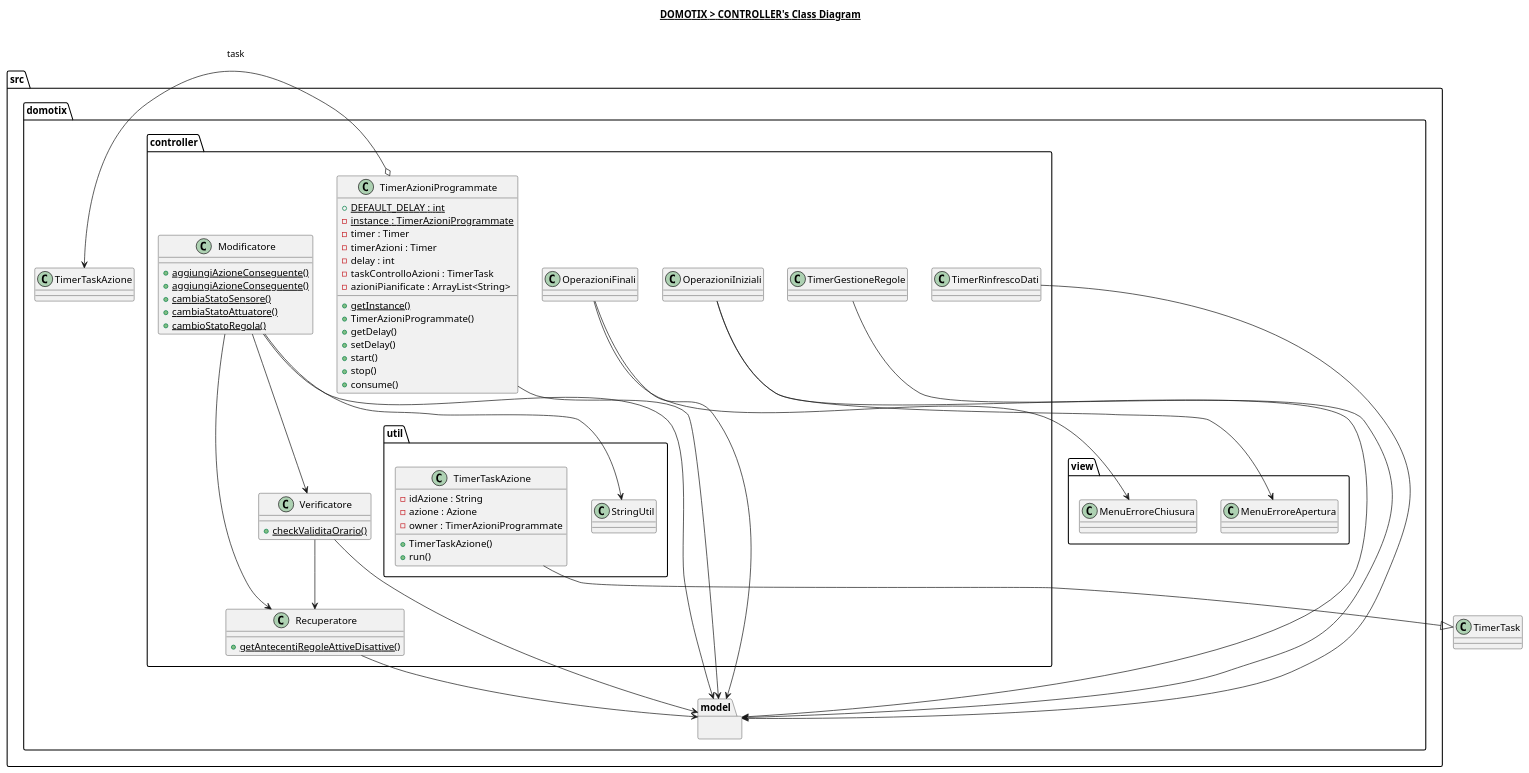
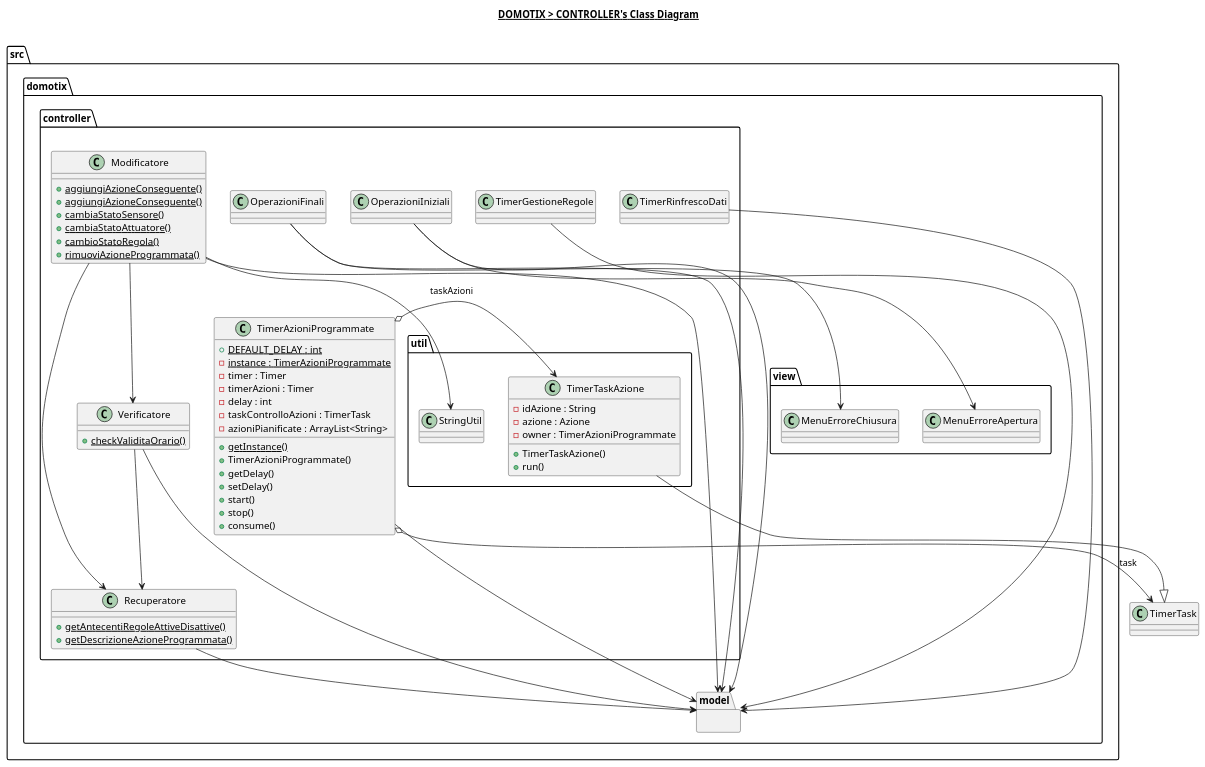
The diagram in src/domotix/controller/controller.plantuml (Edoar-do/Domotix), drawn with PlantUML before and after one commit. The commit also changed 7 other files, not shown here.

Commit message:
Aggiunge controllo sulle Azioni programmate in conflitto all'apertura

```diff
--- a/src/domotix/controller/controller.plantuml
+++ b/src/domotix/controller/controller.plantuml
@@ -1,92 +1,95 @@
 @startuml
 
 title __DOMOTIX > CONTROLLER's Class Diagram__\n
 
 namespace src.domotix.controller {
     class src.domotix.controller.Modificatore {
         {static} + aggiungiAzioneConseguente()
         {static} + aggiungiAzioneConseguente()
         {static} + cambiaStatoSensore()
         {static} + cambiaStatoAttuatore()
         {static} + cambioStatoRegola()
+        {static} + rimuoviAzioneProgrammata()
     }
 
     class src.domotix.controller.OperazioniFinali {
 
     }
 
     class src.domotix.controller.OperazioniIniziali {
 
     }
 
     class src.domotix.controller.Recuperatore {
         {static} + getAntecentiRegoleAttiveDisattive()
+        {static} + getDescrizioneAzioneProgrammata()
     }
 
     class src.domotix.controller.Verificatore {
         {static} + checkValiditaOrario()
     }
 
     class src.domotix.controller.TimerGestioneRegole {
     }
 
     class src.domotix.controller.TimerRinfrescoDati {
     }
 
     class src.domotix.controller.TimerAzioniProgrammate {
         {static} + DEFAULT_DELAY : int
         {static} - instance : TimerAzioniProgrammate
         - timer : Timer
         - timerAzioni : Timer
         - delay : int
         - taskControlloAzioni : TimerTask
         - azioniPianificate : ArrayList<String>
         {static} + getInstance()
         + TimerAzioniProgrammate()
         + getDelay()
         + setDelay()
         + start()
         + stop()
         + consume()
     }
 
     namespace util {
         class src.domotix.controller.util.StringUtil {
         }
         class src.domotix.controller.util.TimerTaskAzione {
             - idAzione : String
             - azione : Azione
             - owner : TimerAzioniProgrammate
             + TimerTaskAzione()
             + run()
         }
     }
 }
 
 namespace src.domotix.model {
 
 }
 
 src.domotix.controller.Modificatore --> src.domotix.controller.util.StringUtil
 src.domotix.controller.Modificatore --> src.domotix.controller.Recuperatore
 src.domotix.controller.Modificatore --> src.domotix.controller.Verificatore
 src.domotix.controller.Modificatore --> src.domotix.model
 
 src.domotix.controller.Verificatore --> src.domotix.controller.Recuperatore
 src.domotix.controller.Verificatore --> src.domotix.model
 
 src.domotix.controller.Recuperatore --> src.domotix.model
 
 src.domotix.controller.OperazioniIniziali --> src.domotix.model
 src.domotix.controller.OperazioniIniziali --> src.domotix.view.MenuErroreApertura
 
 src.domotix.controller.OperazioniFinali --> src.domotix.model
 src.domotix.controller.OperazioniFinali --> src.domotix.view.MenuErroreChiusura
 
 src.domotix.controller.TimerGestioneRegole --> src.domotix.model
 src.domotix.controller.TimerRinfrescoDati --> src.domotix.model
 src.domotix.controller.TimerAzioniProgrammate --> src.domotix.model
-src.domotix.controller.TimerAzioniProgrammate o-> src.domotix.TimerTaskAzione : task
+src.domotix.controller.TimerAzioniProgrammate o-> TimerTask : task
+src.domotix.controller.TimerAzioniProgrammate o-> src.domotix.controller.util.TimerTaskAzione : taskAzioni
 src.domotix.controller.util.TimerTaskAzione --|> TimerTask
 
 @enduml
```
